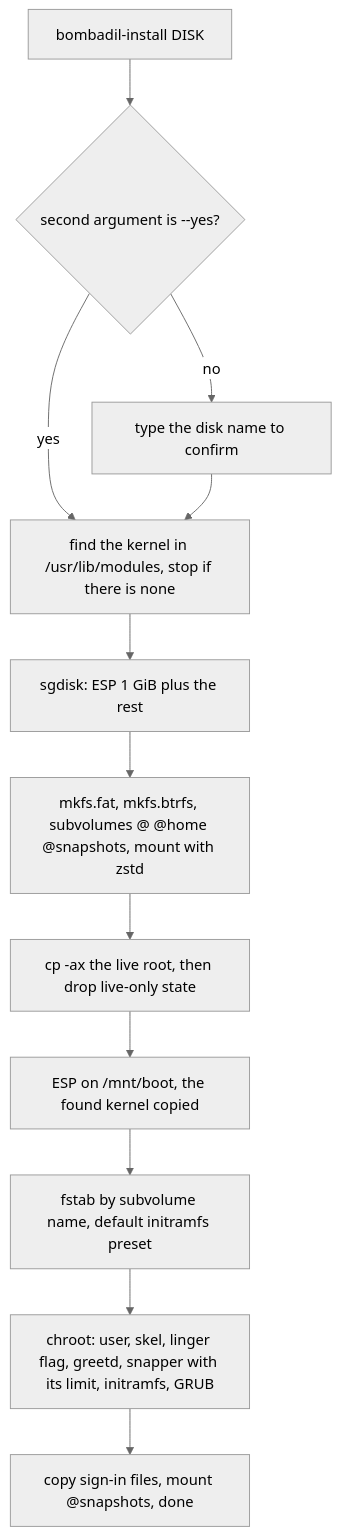
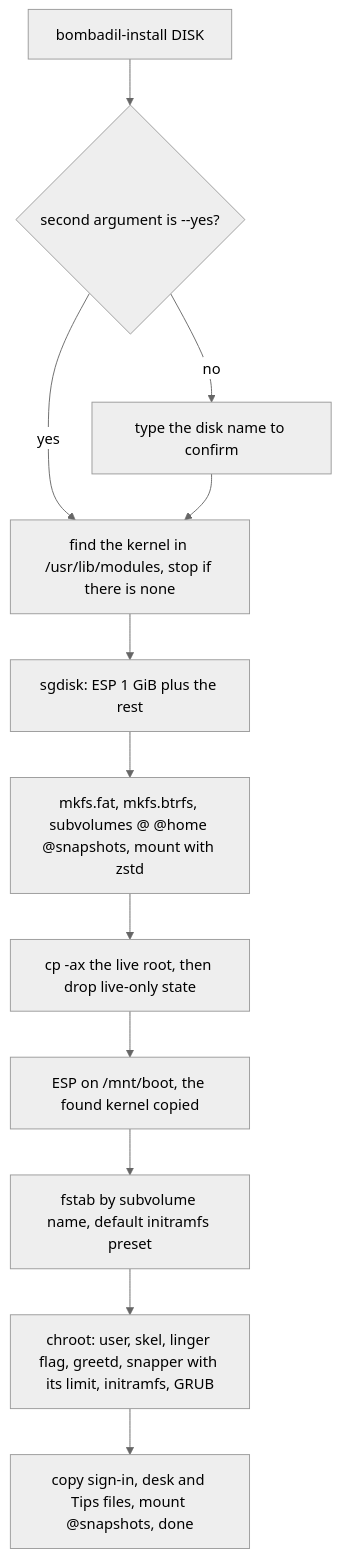
One commit to thedefaultman/Bombadil changed the third of 4 diagrams in docs/architecture/iso-and-install.md. Above: the diagram before and after it, drawn with Mermaid (neutral theme). The commit also changed other lines of this file and 30 other files, not shown here.

````diff
--- a/docs/architecture/iso-and-install.md
+++ b/docs/architecture/iso-and-install.md
@@ -257,14 +259,14 @@
 ```mermaid
 flowchart TB
     A["bombadil-install DISK"] --> B{"second argument is --yes?"}
     B -->|"no"| C["type the disk name to confirm"]
     B -->|"yes"| K["find the kernel in /usr/lib/modules, stop if there is none"]
     C --> K
     K --> D["sgdisk: ESP 1 GiB plus the rest"]
     D --> E["mkfs.fat, mkfs.btrfs, subvolumes @ @home @snapshots, mount with zstd"]
     E --> F["cp -ax the live root, then drop live-only state"]
     F --> G["ESP on /mnt/boot, the found kernel copied"]
     G --> H["fstab by subvolume name, default initramfs preset"]
     H --> I["chroot: user, skel, linger flag, greetd, snapper with its limit, initramfs, GRUB"]
-    I --> J["copy sign-in files, mount @snapshots, done"]
+    I --> J["copy sign-in, desk and Tips files, mount @snapshots, done"]
 ```
````
